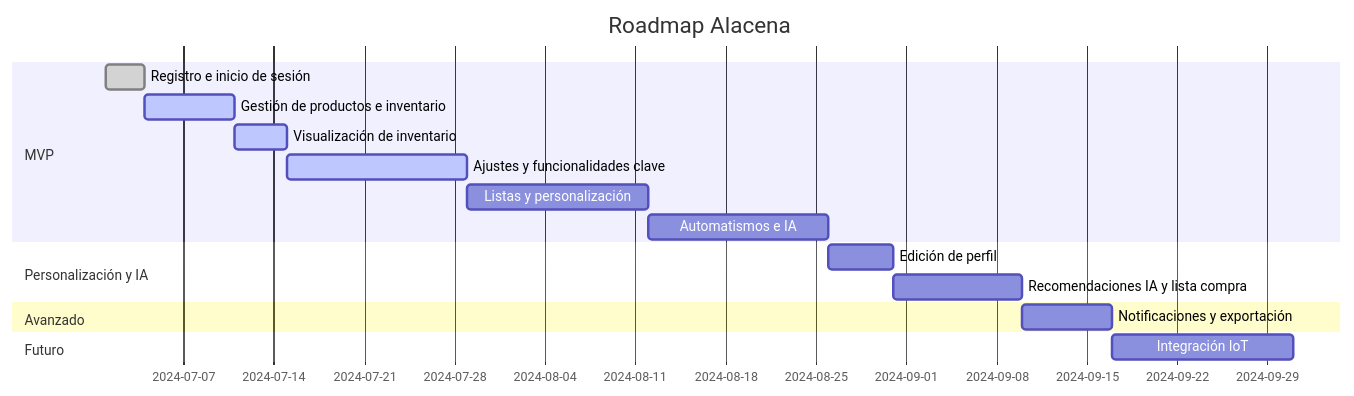
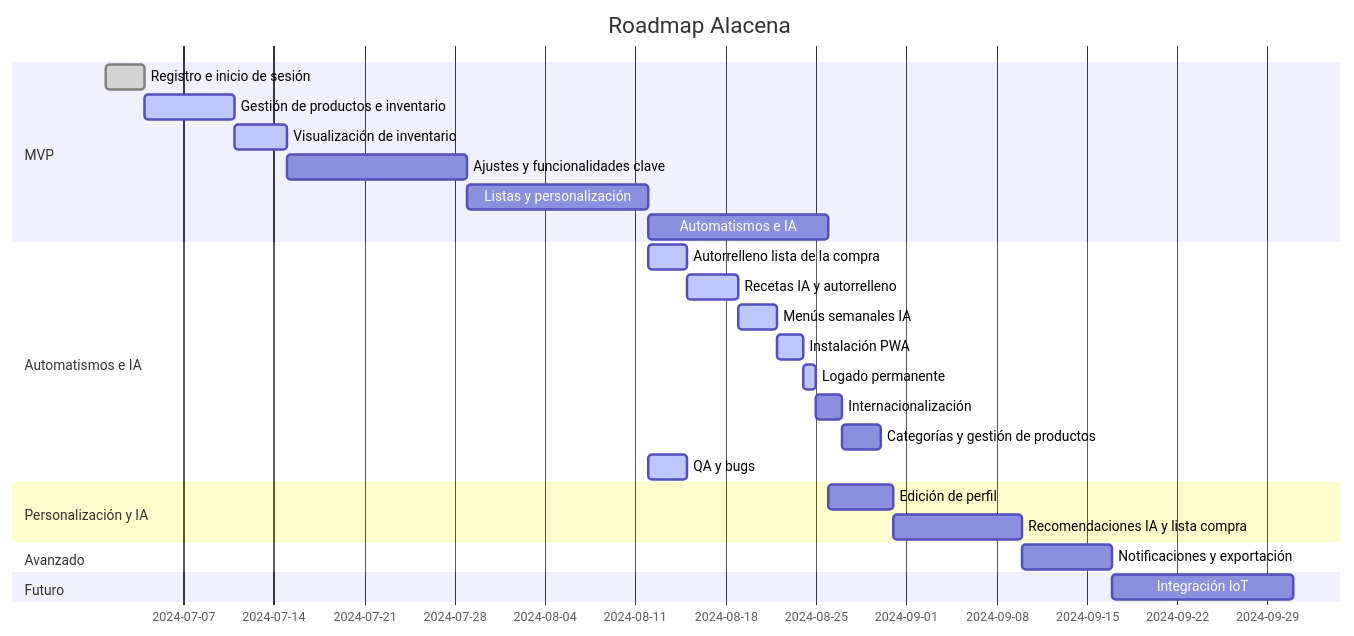
One commit to DanielContrerasAladro/AI4Devs-finalproject changed the diagram in refactor/analisis/PlanificacionReleasesRoadmap.md. Above: the diagram before and after it, drawn with Mermaid. The commit also changed other lines of this file and 16 other files, not shown here.

````diff
--- a/refactor/analisis/PlanificacionReleasesRoadmap.md
+++ b/refactor/analisis/PlanificacionReleasesRoadmap.md
@@ -74,23 +72,33 @@
 ```mermaid
 gantt
     dateFormat  YYYY-MM-DD
     title       Roadmap Alacena
 
     section MVP
     Registro e inicio de sesión         :done,    r1, 2024-07-01, 3d
     Gestión de productos e inventario   :active,  r2, 2024-07-04, 7d
     Visualización de inventario         :active,  r3, 2024-07-11, 4d
-    Ajustes y funcionalidades clave     :active,  r4, 2024-07-15, 14d
+    Ajustes y funcionalidades clave     :         r4, 2024-07-15, 14d
     Listas y personalización            :         r5, 2024-07-29, 14d
     Automatismos e IA                   :         r6, 2024-08-12, 14d
 
+    section Automatismos e IA
+    Autorrelleno lista de la compra     :active,  r7, 2024-08-12, 3d
+    Recetas IA y autorrelleno           :active,  r8, 2024-08-15, 4d
+    Menús semanales IA                  :active,  r9, 2024-08-19, 3d
+    Instalación PWA                     :active,  r10, 2024-08-22, 2d
+    Logado permanente                   :active,  r11, 2024-08-24, 1d
+    Internacionalización                :         r12, 2024-08-25, 2d
+    Categorías y gestión de productos   :         r13, 2024-08-27, 3d
+    QA y bugs                           :active,  r14, 2024-08-12, 3d
+
     section Personalización y IA
-    Edición de perfil                   :         r7, 2024-08-26, 5d
-    Recomendaciones IA y lista compra   :         r8, 2024-08-31, 10d
+    Edición de perfil                   :         r15, 2024-08-26, 5d
+    Recomendaciones IA y lista compra   :         r16, 2024-08-31, 10d
 
     section Avanzado
-    Notificaciones y exportación        :         r9, 2024-09-10, 7d
+    Notificaciones y exportación        :         r17, 2024-09-10, 7d
 
     section Futuro
-    Integración IoT                     :         r10, 2024-09-17, 14d
+    Integración IoT                     :         r18, 2024-09-17, 14d
 ```
````
